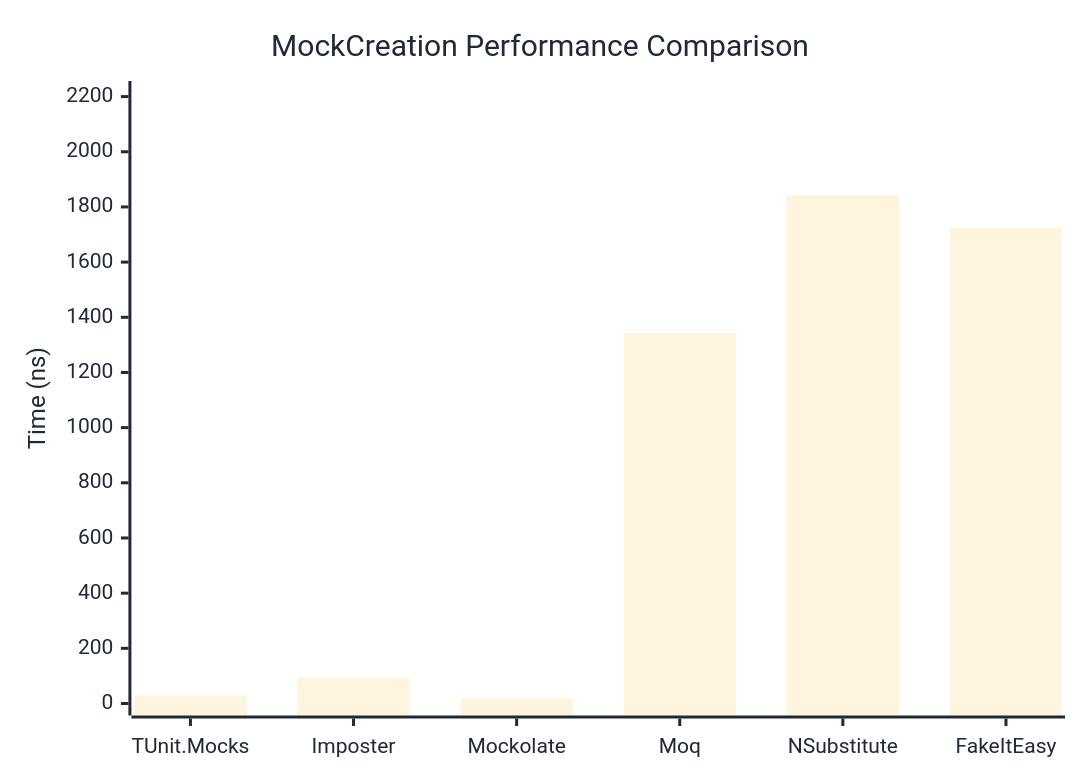
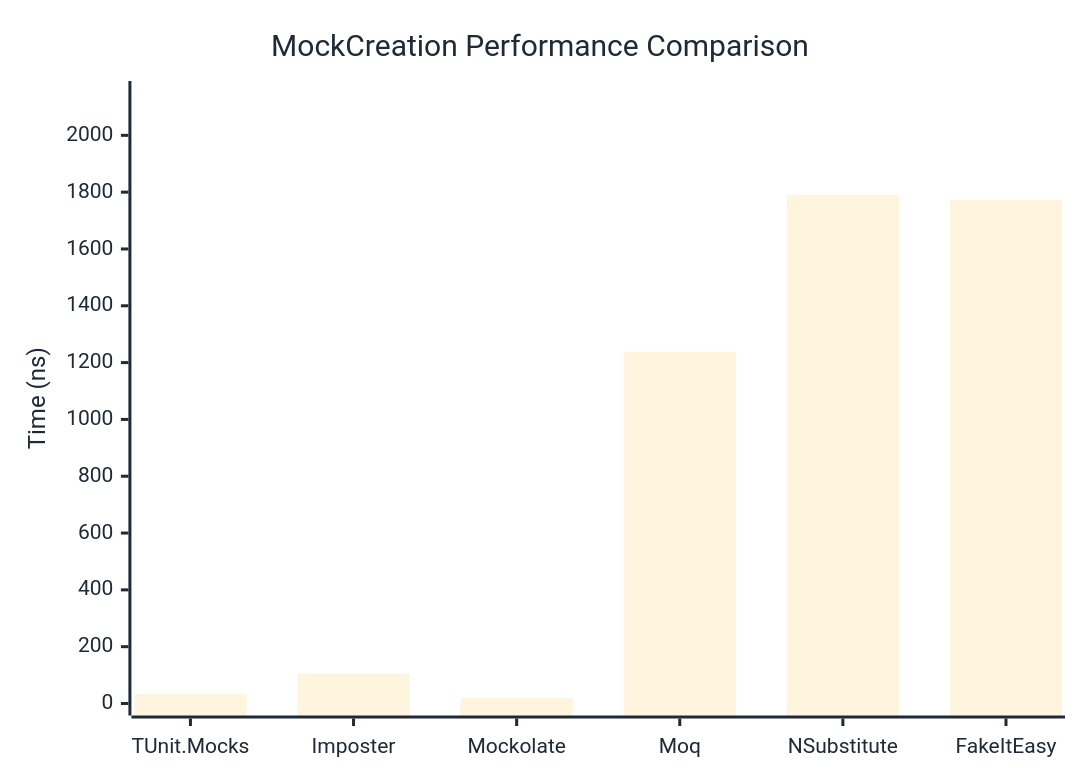
Before and after one commit to thomhurst/TUnit: the first of 2 diagrams in docs/docs/benchmarks/mocks/MockCreation.md, drawn with Mermaid. The commit also changed other lines of this file and 14 other files, not shown here.

````diff
--- a/docs/docs/benchmarks/mocks/MockCreation.md
+++ b/docs/docs/benchmarks/mocks/MockCreation.md
@@ -30,27 +30,27 @@
 ```mermaid
 %%{init: {
   'theme':'base',
   'themeVariables': {
     'primaryColor': '#2563eb',
     'primaryTextColor': '#1f2937',
     'primaryBorderColor': '#1e40af',
     'lineColor': '#6b7280',
     'secondaryColor': '#7c3aed',
     'tertiaryColor': '#dc2626',
     'background': '#ffffff',
     'pie1': '#2563eb',
     'pie2': '#7c3aed',
     'pie3': '#dc2626',
     'pie4': '#f59e0b',
     'pie5': '#10b981',
     'pie6': '#06b6d4',
     'pie7': '#ec4899',
     'pie8': '#6366f1'
   }
 }}%%
 xychart-beta
   title "MockCreation Performance Comparison"
   x-axis ["TUnit.Mocks", "Imposter", "Mockolate", "Moq", "NSubstitute", "FakeItEasy"]
-  y-axis "Time (ns)" 0 --> 2213
-  bar [29.47, 93.36, 18.54, 1343.3, 1843.55, 1723.54]
+  y-axis "Time (ns)" 0 --> 2149
+  bar [33.65, 105.36, 19.91, 1238.69, 1790.32, 1772.04]
 ```
````
